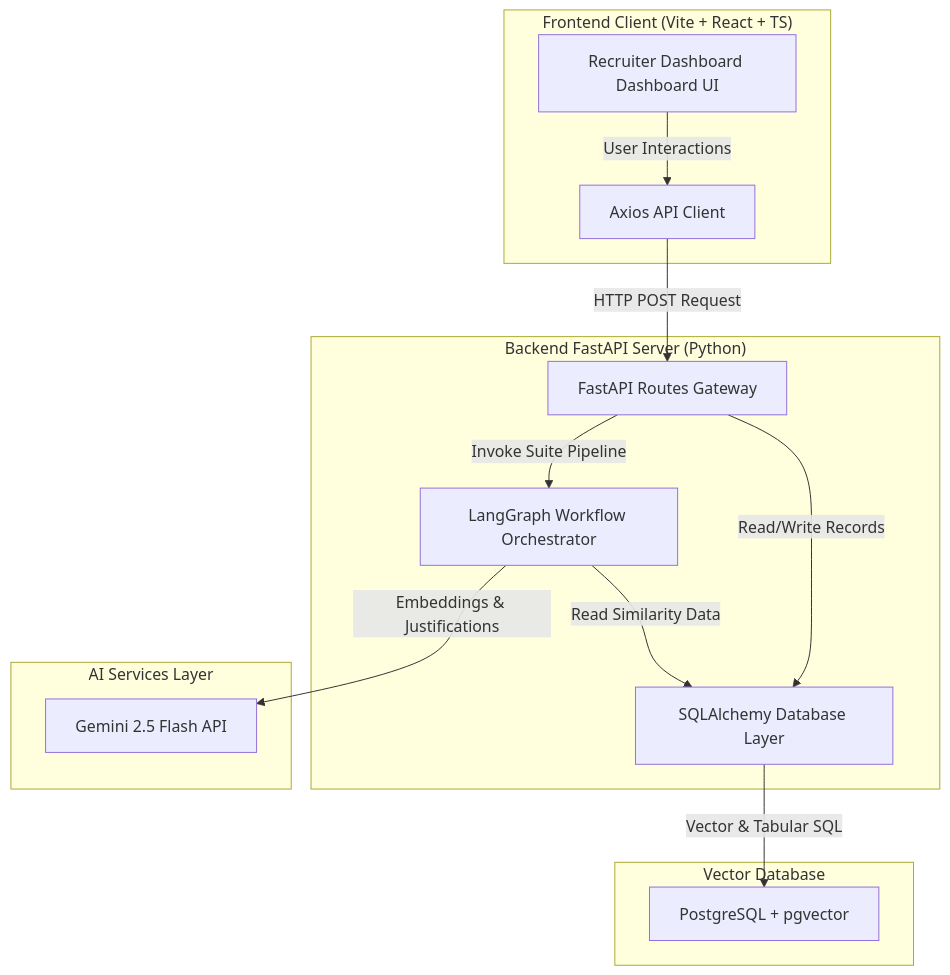
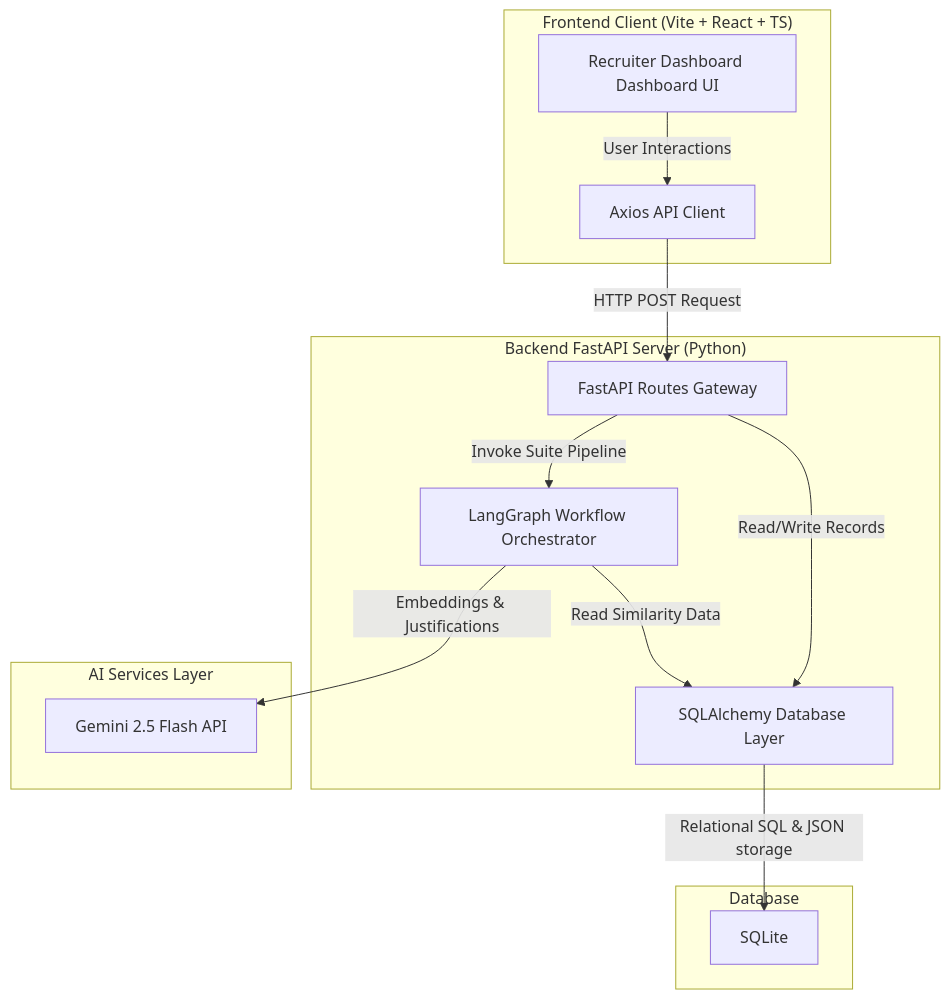
Before and after one commit to bsrikumar855-dot/H2S-Hackathon: the first of 5 diagrams in docs/architecture.md, drawn with Mermaid. The commit also changed other lines of this file and 31 other files, not shown here.

````diff
--- a/docs/architecture.md
+++ b/docs/architecture.md
@@ -15,29 +15,29 @@
 ```mermaid
 graph TD
     subgraph "Frontend Client (Vite + React + TS)"
         UI["Recruiter Dashboard Dashboard UI"]
         Axios["Axios API Client"]
     end
 
     subgraph "Backend FastAPI Server (Python)"
         API["FastAPI Routes Gateway"]
         ORM["SQLAlchemy Database Layer"]
         LGraph["LangGraph Workflow Orchestrator"]
     end
 
-    subgraph "Vector Database"
-        Postgres["PostgreSQL + pgvector"]
+    subgraph "Database"
+        SQLite["SQLite"]
     end
 
     subgraph "AI Services Layer"
         Gemini["Gemini 2.5 Flash API"]
     end
 
     UI -->|User Interactions| Axios
     Axios -->|HTTP POST Request| API
     API -->|Read/Write Records| ORM
     API -->|Invoke Suite Pipeline| LGraph
-    ORM -->|Vector & Tabular SQL| Postgres
+    ORM -->|Relational SQL & JSON storage| SQLite
     LGraph -->|Embeddings & Justifications| Gemini
     LGraph -->|Read Similarity Data| ORM
 ```
````
